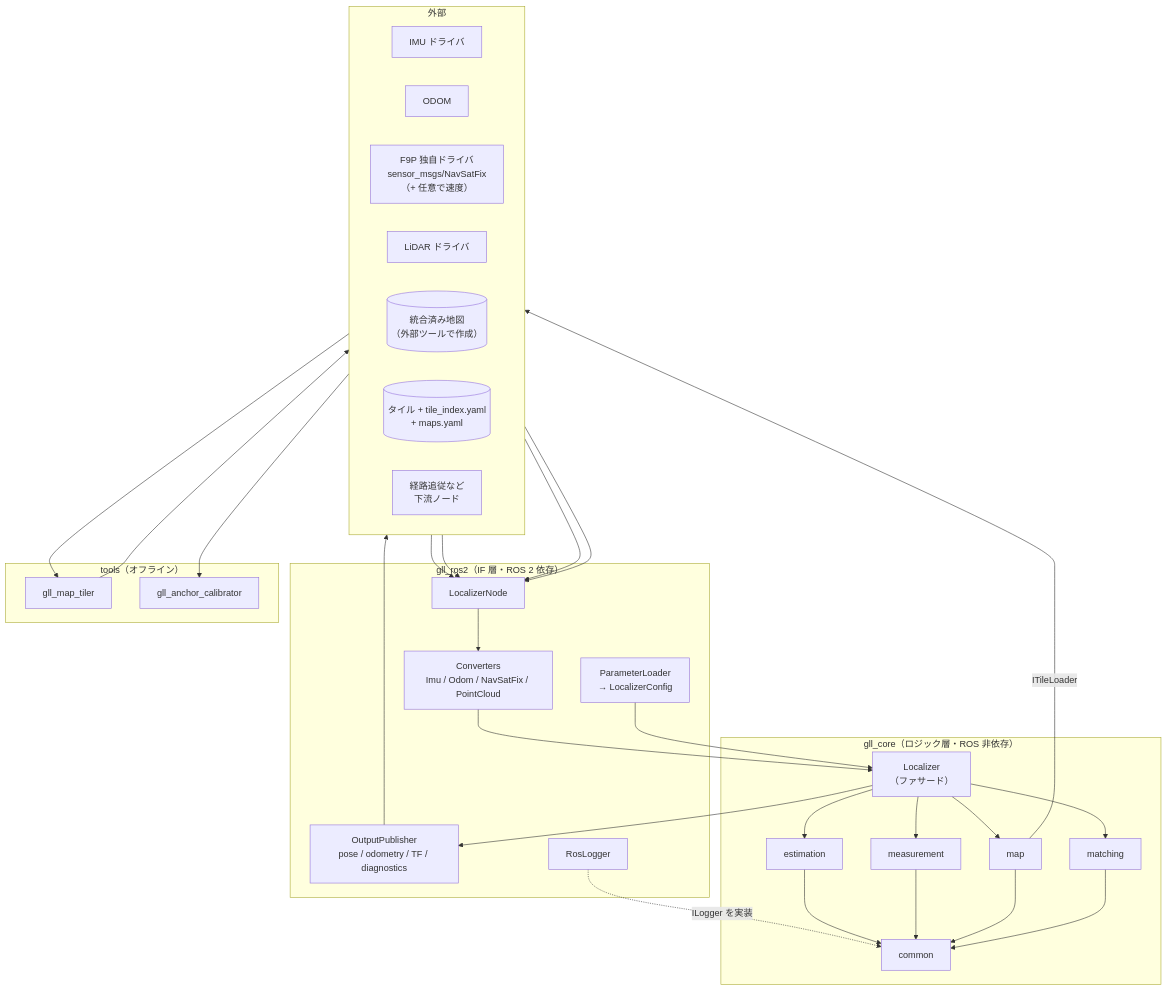
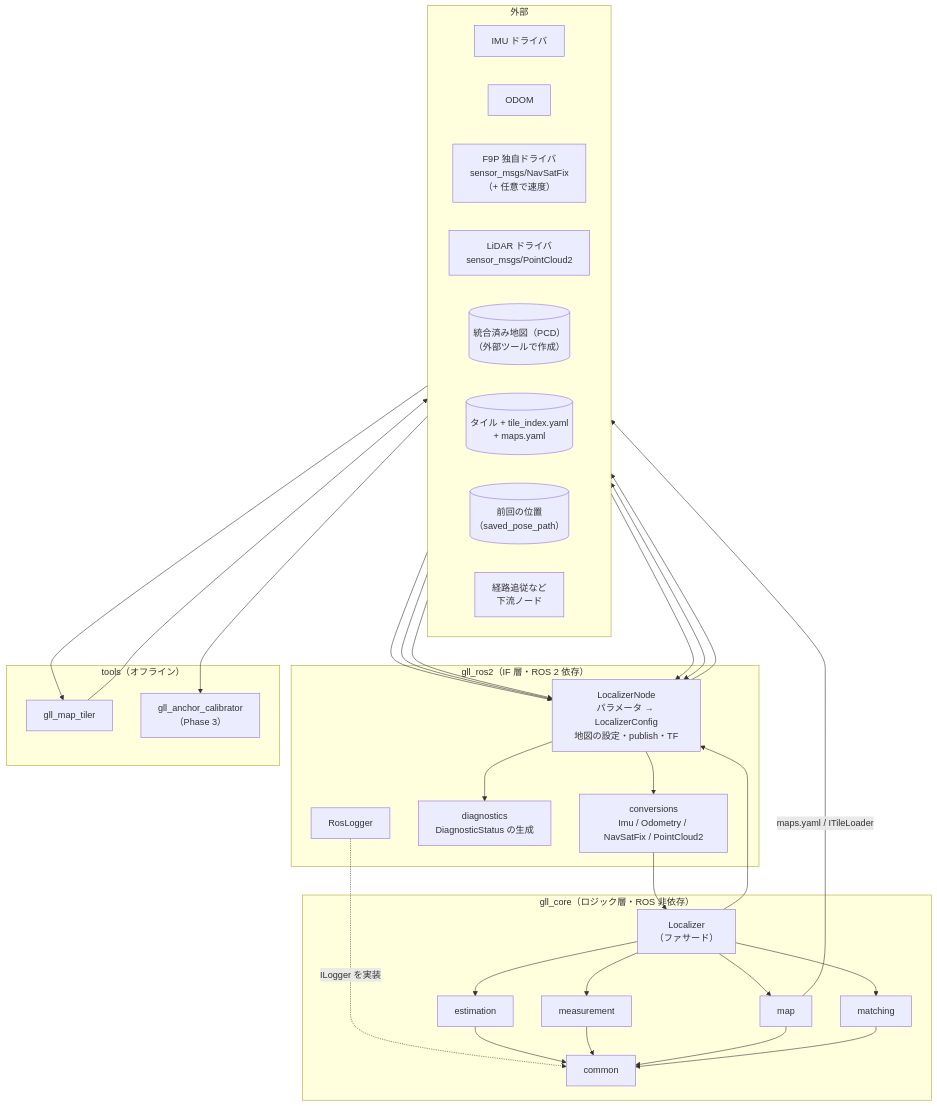
Before and after one commit to mamoru1126/gnss_and_lidar_localization: the first of 15 diagrams in docs/architecture.md, drawn with Mermaid. The commit also changed other lines of this file and 12 other files, not shown here.

First line of the commit message:
feat: 地図上での初期化にタイムアウトを追加し、Phase 2 に合わせて文書を更新

````diff
--- a/docs/architecture.md
+++ b/docs/architecture.md
@@ -27,48 +27,49 @@
 ```mermaid
 flowchart TB
   subgraph EXT["外部"]
     direction LR
     DRV_IMU["IMU ドライバ"]
     DRV_ODOM["ODOM"]
     DRV_GNSS["F9P 独自ドライバ<br/>sensor_msgs/NavSatFix<br/>（+ 任意で速度）"]
-    DRV_LIDAR["LiDAR ドライバ"]
-    MAPFILES[("統合済み地図<br/>（外部ツールで作成）")]
+    DRV_LIDAR["LiDAR ドライバ<br/>sensor_msgs/PointCloud2"]
+    MAPFILES[("統合済み地図（PCD）<br/>（外部ツールで作成）")]
     TILES[("タイル + tile_index.yaml<br/>+ maps.yaml")]
+    SAVED[("前回の位置<br/>（saved_pose_path）")]
     DOWN["経路追従など<br/>下流ノード"]
   end
 
   subgraph ROS2["gll_ros2（IF 層・ROS 2 依存）"]
-    NODE["LocalizerNode"]
-    CONV["Converters<br/>Imu / Odom / NavSatFix / PointCloud"]
-    PARAM["ParameterLoader<br/>→ LocalizerConfig"]
-    PUBL["OutputPublisher<br/>pose / odometry / TF / diagnostics"]
+    NODE["LocalizerNode<br/>パラメータ → LocalizerConfig<br/>地図の設定・publish・TF"]
+    CONV["conversions<br/>Imu / Odometry / NavSatFix / PointCloud2"]
+    DIAG["diagnostics<br/>DiagnosticStatus の生成"]
     RLOG["RosLogger"]
   end
 
   subgraph CORE["gll_core（ロジック層・ROS 非依存）"]
     FACADE["Localizer<br/>（ファサード）"]
     EST["estimation"]
     MEAS["measurement"]
     MAPC["map"]
     MATCH["matching"]
     COMMON["common"]
   end
 
   subgraph TOOLS["tools（オフライン）"]
     TILER["gll_map_tiler"]
-    CALIB["gll_anchor_calibrator"]
+    CALIB["gll_anchor_calibrator<br/>（Phase 3）"]
   end
 
   DRV_IMU & DRV_ODOM & DRV_GNSS & DRV_LIDAR --> NODE
   NODE --> CONV --> FACADE
-  PARAM --> FACADE
+  NODE --> DIAG
+  NODE <--> SAVED
   RLOG -. ILogger を実装 .-> COMMON
-  FACADE --> PUBL --> DOWN
+  FACADE --> NODE --> DOWN
 
   FACADE --> EST & MEAS & MAPC & MATCH
   EST & MEAS & MAPC & MATCH --> COMMON
-  MAPC -- ITileLoader --> TILES
+  MAPC -- "maps.yaml / ITileLoader" --> TILES
 
   MAPFILES --> TILER --> TILES
   TILES --> CALIB
 ```
````
